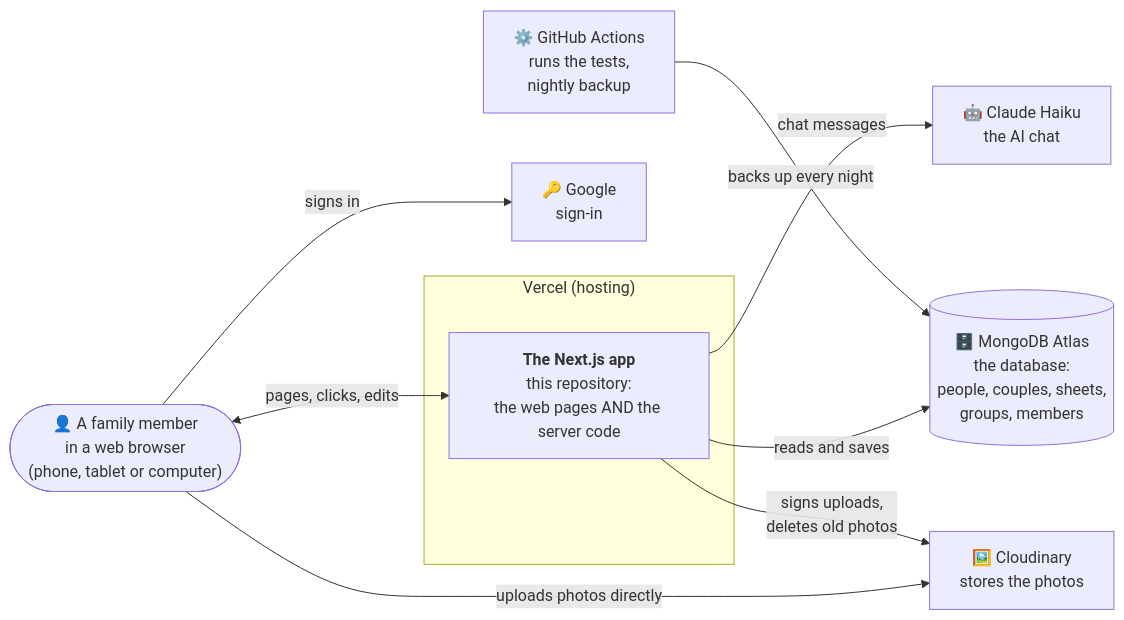
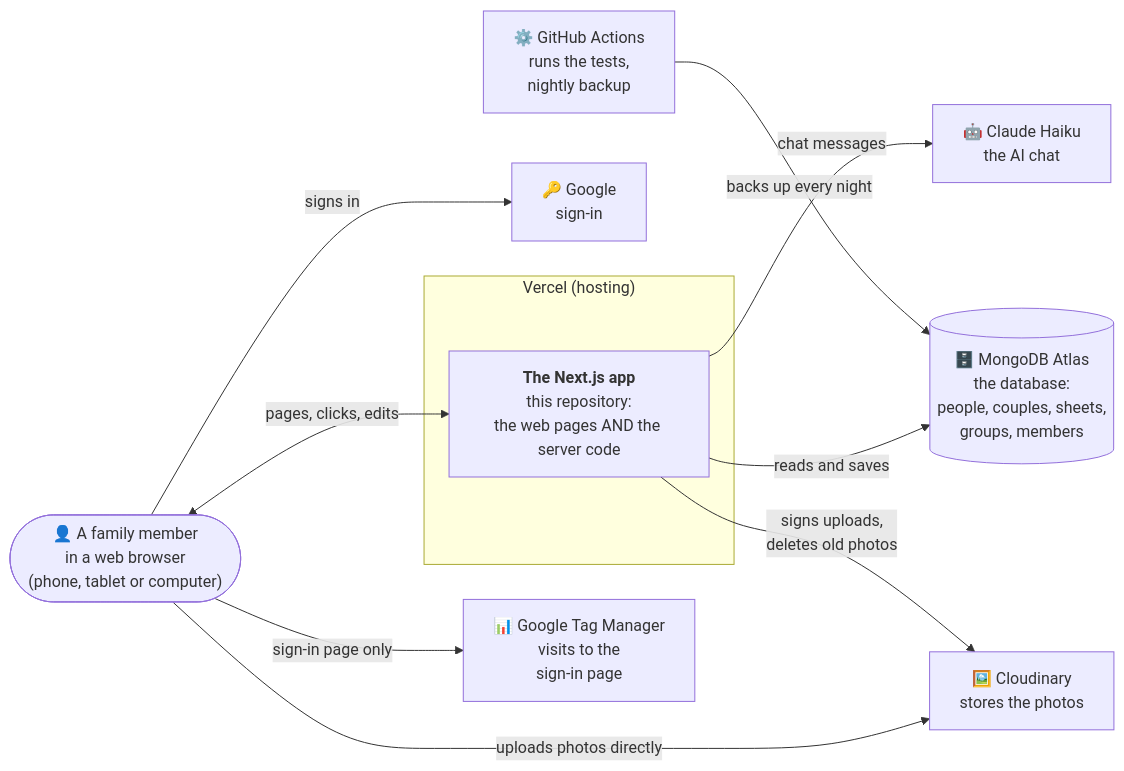
Before and after one commit to harikiranvusirikala/Family-Tree-with-AI: the first of 21 diagrams in docs/PROJECT_GUIDE.md, drawn with Mermaid. The commit also changed other lines of this file and 20 other files, not shown here.

First line of the commit message:
Google Tag Manager on the landing page

````diff
--- a/docs/PROJECT_GUIDE.md
+++ b/docs/PROJECT_GUIDE.md
@@ -31,22 +31,24 @@
 ```mermaid
 flowchart LR
     user(["👤 A family member<br/>in a web browser<br/>(phone, tablet or computer)"])
 
     subgraph vercel["Vercel (hosting)"]
         app["<b>The Next.js app</b><br/>this repository:<br/>the web pages AND the server code"]
     end
 
     google["🔑 Google<br/>sign-in"]
     mongo[("🗄️ MongoDB Atlas<br/>the database:<br/>people, couples, sheets,<br/>groups, members")]
     cloud["🖼️ Cloudinary<br/>stores the photos"]
     claude["🤖 Claude Haiku<br/>the AI chat"]
     gh["⚙️ GitHub Actions<br/>runs the tests,<br/>nightly backup"]
+    gtm["📊 Google Tag Manager<br/>visits to the<br/>sign-in page"]
 
     user <-->|"pages, clicks, edits"| app
     user -->|"signs in"| google
+    user -->|"sign-in page only"| gtm
     user -->|"uploads photos directly"| cloud
     app -->|"reads and saves"| mongo
     app -->|"chat messages"| claude
     app -->|"signs uploads,<br/>deletes old photos"| cloud
     gh -->|"backs up every night"| mongo
 ```
````
